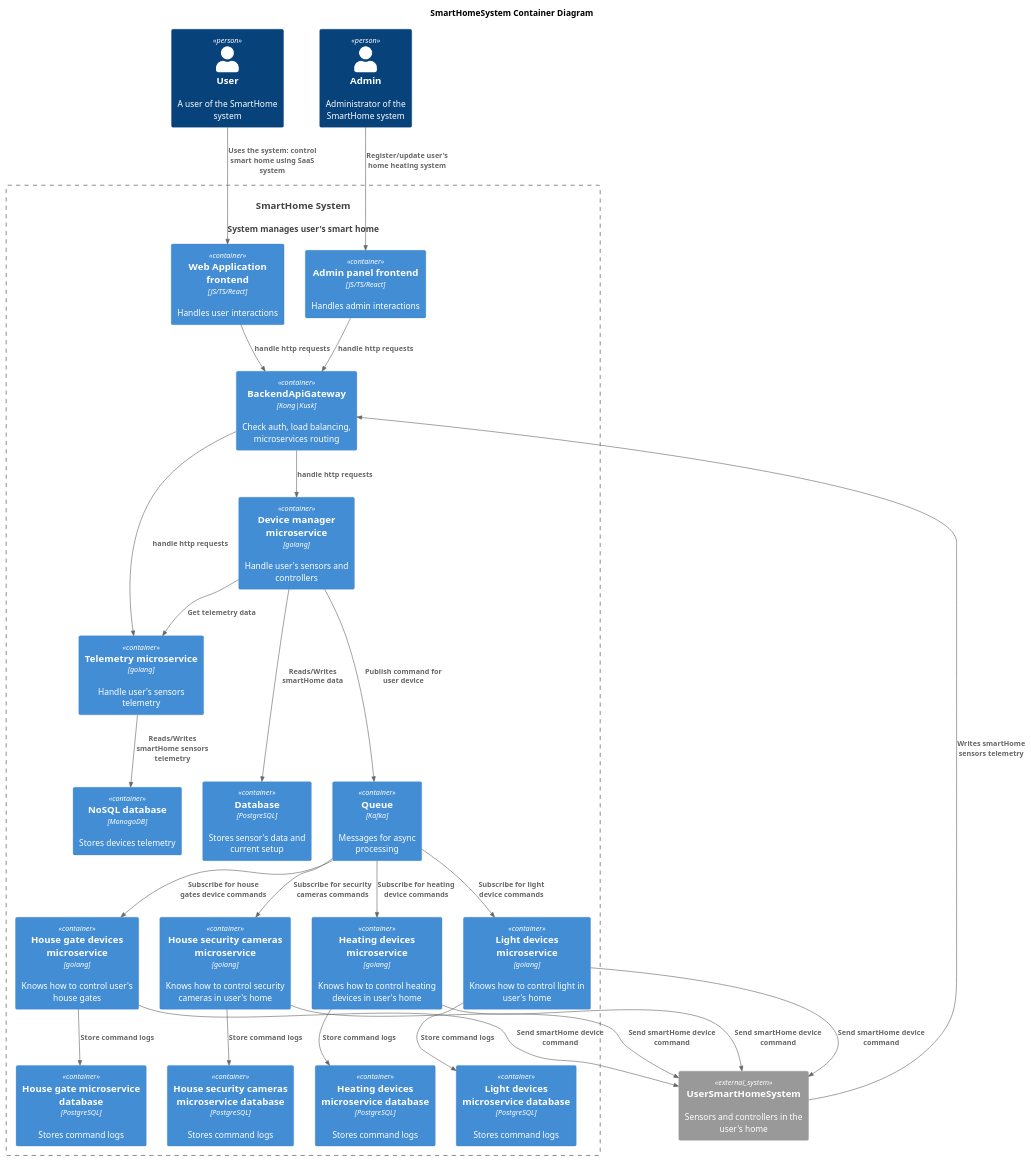
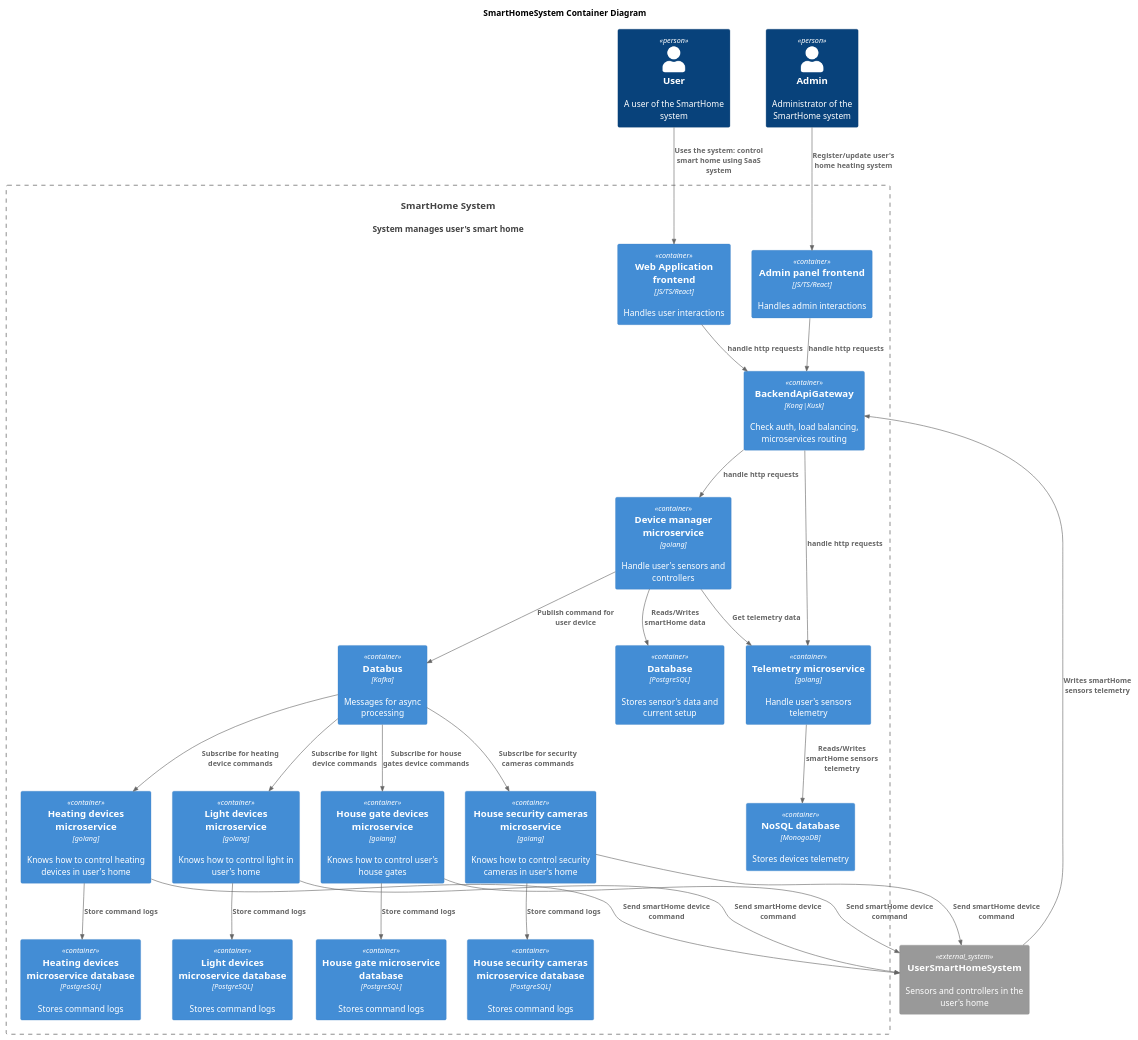
The diagram in docs/tobe/Container.puml (misikch/ya-practicum-arch-sprint-3), drawn with PlantUML before and after one commit.

Commit message:
updated diagram

```diff
--- a/docs/tobe/Container.puml
+++ b/docs/tobe/Container.puml
@@ -1,63 +1,77 @@
 @startuml
 title SmartHomeSystem Container Diagram
 
 top to bottom direction
 
 !include ./C4_Container.puml
 
 Person(user, "User", "A user of the SmartHome system")
 Person(admin, "Admin", "Administrator of the SmartHome system")
 System(SmartHomeSystem, "SmartHome System", "System manages user's smart home")
 
 Container_Boundary(SmartHomeSystem, "SmartHome System") {
-  Container(UserFrontend, "Web Application frontend", "JS/TS/React", "Handles user interactions")
-  Container(AdminFrontend, "Admin panel frontend", "JS/TS/React", "Handles admin interactions")
-  Container(ApiGateway, "BackendApiGateway", "Kong|Kusk", "Check auth, load balancing, microservices routing")
-  Container(ApiGateway, "BackendApiGateway", "Kong|Kusk", "Check auth, load balancing, microservices routing")
+    Container(UserFrontend, "Web Application frontend", "JS/TS/React", "Handles user interactions")
+    Container(AdminFrontend, "Admin panel frontend", "JS/TS/React", "Handles admin interactions")
+    Container(ApiGateway, "BackendApiGateway", "Kong|Kusk", "Check auth, load balancing, microservices routing")
+    Container(ApiGateway, "BackendApiGateway", "Kong|Kusk", "Check auth, load balancing, microservices routing")
 
+    together {
+        together {
+            Container(DeviceManager, "Device manager microservice", "golang", "Handle user's sensors and controllers")
+            Container(Database, "Database", "PostgreSQL", "Stores sensor's data and current setup")
+        }
+        together {
+            Container(Telemetry, "Telemetry microservice", "golang", "Handle user's sensors telemetry")
+            Container(DatabaseTelemetry, "NoSQL database", "MonogoDB", "Stores devices telemetry")
+        }
+    }
 
-  Container(DeviceManager, "Device manager microservice", "golang", "Handle user's sensors and controllers")
-  Container(Telemetry, "Telemetry microservice", "golang", "Handle user's sensors telemetry")
+    together {
+        Container(HeatingSystemService, "Heating devices microservice", "golang", "Knows how to control heating devices in user's home")
+        Container(HeatingSystemServiceDatabase, "Heating devices microservice database", "PostgreSQL", "Stores command logs")
+    }
 
-  Container(HeatingSystemService, "Heating devices microservice", "golang", "Knows how to control heating devices in user's home")
-  Container(HeatingSystemServiceDatabase, "Heating devices microservice database", "PostgreSQL", "Stores command logs")
-  Container(LightsSystemService, "Light devices microservice", "golang", "Knows how to control light in user's home")
-  Container(LightsSystemServiceDatabase, "Light devices microservice database", "PostgreSQL", "Stores command logs")
-  Container(HouseGatesSystemService, "House gate devices microservice", "golang", "Knows how to control user's house gates")
-  Container(HouseGatesSystemServiceDatabase, "House gate microservice database", "PostgreSQL", "Stores command logs")
-  Container(CamerasSystemService, "House security cameras microservice", "golang", "Knows how to control security cameras in user's home")
-  Container(CamerasSystemServiceDatabase, "House security cameras microservice database", "PostgreSQL", "Stores command logs")
+    together {
+        Container(LightsSystemService, "Light devices microservice", "golang", "Knows how to control light in user's home")
+        Container(LightsSystemServiceDatabase, "Light devices microservice database", "PostgreSQL", "Stores command logs")
+    }
 
-  together {
-      Container(Database, "Database", "PostgreSQL", "Stores sensor's data and current setup")
-      Container(DatabaseTelemetry, "NoSQL database", "MonogoDB", "Stores devices telemetry")
-      Container(Queue, "Queue", "Kafka", "Messages for async processing")
-  }
+    together {
+        Container(HouseGatesSystemService, "House gate devices microservice", "golang", "Knows how to control user's house gates")
+        Container(HouseGatesSystemServiceDatabase, "House gate microservice database", "PostgreSQL", "Stores command logs")
+    }
+
+    together {
+        Container(CamerasSystemService, "House security cameras microservice", "golang", "Knows how to control security cameras in user's home")
+        Container(CamerasSystemServiceDatabase, "House security cameras microservice database", "PostgreSQL", "Stores command logs")
+    }
+
+    Container(Databus, "Databus", "Kafka", "Messages for async processing")
 }
 
 System_Ext(usersHome, "UserSmartHomeSystem", "Sensors and controllers in the user's home")
 
 Rel(user, UserFrontend, "Uses the system: control smart home using SaaS system")
 Rel(admin, AdminFrontend,"Register/update user's home heating system")
 Rel(UserFrontend, ApiGateway, "handle http requests")
 Rel(AdminFrontend, ApiGateway, "handle http requests")
 Rel(ApiGateway, Telemetry, "handle http requests")
 Rel(ApiGateway, DeviceManager, "handle http requests")
 Rel(DeviceManager,Telemetry,"Get telemetry data")
-Rel(DeviceManager,Queue,"Publish command for user device")
-Rel(Queue,HeatingSystemService,"Subscribe for heating device commands")
-Rel(Queue,LightsSystemService,"Subscribe for light device commands")
-Rel(Queue,HouseGatesSystemService,"Subscribe for house gates device commands")
-Rel(Queue,CamerasSystemService,"Subscribe for security cameras commands")
+Rel(DeviceManager,Databus,"Publish command for user device")
+Rel(Databus,HeatingSystemService,"Subscribe for heating device commands")
+Rel(Databus,LightsSystemService,"Subscribe for light device commands")
+Rel(Databus,HouseGatesSystemService,"Subscribe for house gates device commands")
+Rel(Databus,CamerasSystemService,"Subscribe for security cameras commands")
 Rel(DeviceManager,Database,"Reads/Writes smartHome data")
 Rel(Telemetry,DatabaseTelemetry,"Reads/Writes smartHome sensors telemetry")
 Rel(usersHome,ApiGateway,"Writes smartHome sensors telemetry")
 Rel(HeatingSystemService,usersHome,"Send smartHome device command")
 Rel(HeatingSystemService,HeatingSystemServiceDatabase,"Store command logs")
 Rel(LightsSystemService,usersHome,"Send smartHome device command")
 Rel(LightsSystemService,LightsSystemServiceDatabase,"Store command logs")
 Rel(HouseGatesSystemService,usersHome,"Send smartHome device command")
 Rel(HouseGatesSystemService,HouseGatesSystemServiceDatabase,"Store command logs")
 Rel(CamerasSystemService,usersHome,"Send smartHome device command")
 Rel(CamerasSystemService,CamerasSystemServiceDatabase,"Store command logs")
 @enduml
```
